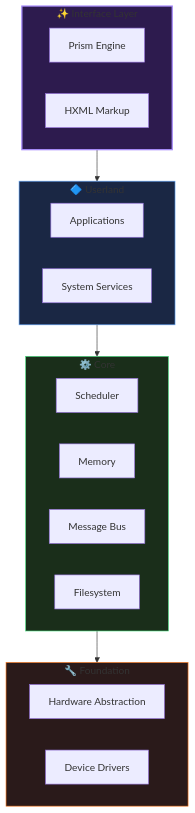
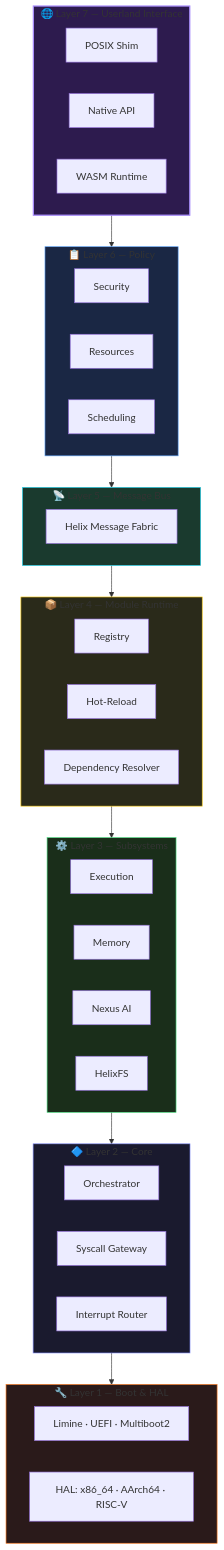
Before and after one commit to HelixOS-Org/helix: the diagram in README.md, drawn with Mermaid. The commit also changed other lines of this file, not shown here.

````diff
--- a/README.md
+++ b/README.md
@@ -48,33 +132,52 @@
 ```mermaid
 flowchart TB
-    subgraph Interface["✨ Interface Layer"]
-        PRISM["Prism Engine"]
-        HXML["HXML Markup"]
+    subgraph L7["🌐 Layer 7 — Userland Interface"]
+        POSIX["POSIX Shim"]
+        NATIVE["Native API"]
+        WASM["WASM Runtime"]
     end
 
-    subgraph Userland["🔷 Userland"]
-        APPS["Applications"]
-        SERVICES["System Services"]
+    subgraph L6["📋 Layer 6 — Policy"]
+        SEC_POL["Security"]
+        RES_POL["Resources"]
+        SCHED_POL["Scheduling"]
     end
 
-    subgraph Core["⚙️ Core"]
-        SCHED["Scheduler"]
-        MEM["Memory"]
-        IPC["Message Bus"]
-        FS["Filesystem"]
+    subgraph L5["📡 Layer 5 — Message Bus"]
+        HMF["Helix Message Fabric"]
     end
 
-    subgraph Foundation["🔧 Foundation"]
-        HAL["Hardware Abstraction"]
-        DRIVERS["Device Drivers"]
+    subgraph L4["📦 Layer 4 — Module Runtime"]
+        REG["Registry"]
+        HOTRL["Hot-Reload"]
+        DEP["Dependency Resolver"]
     end
 
-    Interface --> Userland
-    Userland --> Core
-    Core --> Foundation
+    subgraph L3["⚙️ Layer 3 — Subsystems"]
+        EXEC["Execution"]
+        MEM["Memory"]
+        NEXUS["Nexus AI"]
+        FSYS["HelixFS"]
+    end
 
-    style Interface fill:#2d1b4e,stroke:#a78bfa,stroke-width:2px
-    style Userland fill:#1a2744,stroke:#60a5fa,stroke-width:1px
-    style Core fill:#1a2e1a,stroke:#4ade80,stroke-width:1px
-    style Foundation fill:#2a1a1a,stroke:#f97316,stroke-width:1px
+    subgraph L2["🔷 Layer 2 — Core"]
+        ORCH["Orchestrator"]
+        SYSCALL["Syscall Gateway"]
+        IRQ["Interrupt Router"]
+    end
+
+    subgraph L1["🔧 Layer 1 — Boot & HAL"]
+        BOOT["Limine · UEFI · Multiboot2"]
+        HAL["HAL: x86_64 · AArch64 · RISC-V"]
+    end
+
+    L7 --> L6 --> L5 --> L4 --> L3 --> L2 --> L1
+
+    style L7 fill:#2d1b4e,stroke:#a78bfa,stroke-width:2px
+    style L6 fill:#1a2744,stroke:#60a5fa,stroke-width:1px
+    style L5 fill:#1a3a2e,stroke:#22d3ee,stroke-width:1px
+    style L4 fill:#2a2a1a,stroke:#facc15,stroke-width:1px
+    style L3 fill:#1a2e1a,stroke:#4ade80,stroke-width:1px
+    style L2 fill:#1a1a2e,stroke:#818cf8,stroke-width:1px
+    style L1 fill:#2a1a1a,stroke:#f97316,stroke-width:1px
 ```
````
